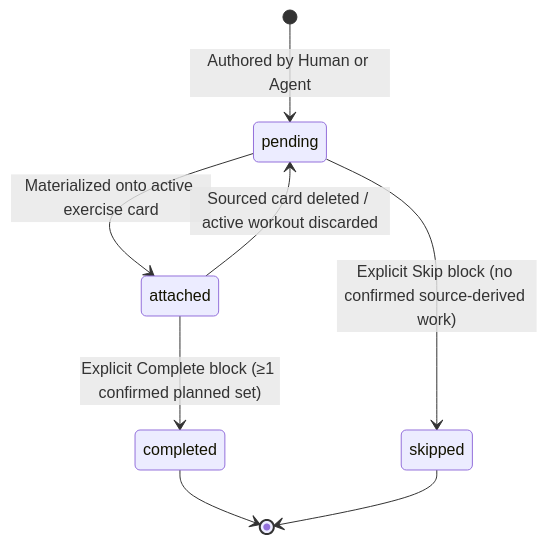
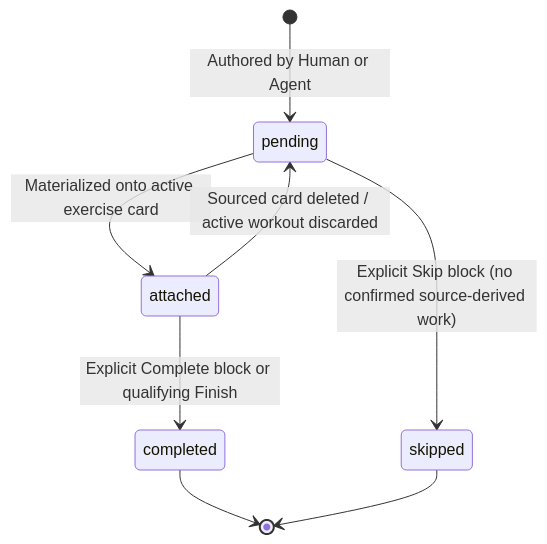
The diagram in docs/specs/tech/session-planning-contract.md (Brotherhood-of-Ghisa/BOGA3), drawn with Mermaid before and after one commit. The commit also changed other lines of this file and 118 other files, not shown here.

````diff
--- a/docs/specs/tech/session-planning-contract.md
+++ b/docs/specs/tech/session-planning-contract.md
@@ -186,10 +176,10 @@
 ```mermaid
 stateDiagram-v2
     [*] --> pending: Authored by Human or Agent
     pending --> attached: Materialized onto active exercise card
-    attached --> completed: Explicit Complete block (≥1 confirmed planned set)
+    attached --> completed: Explicit Complete block or qualifying Finish
     pending --> skipped: Explicit Skip block (no confirmed source-derived work)
     attached --> pending: Sourced card deleted / active workout discarded
     completed --> [*]
     skipped --> [*]
 ```
````
